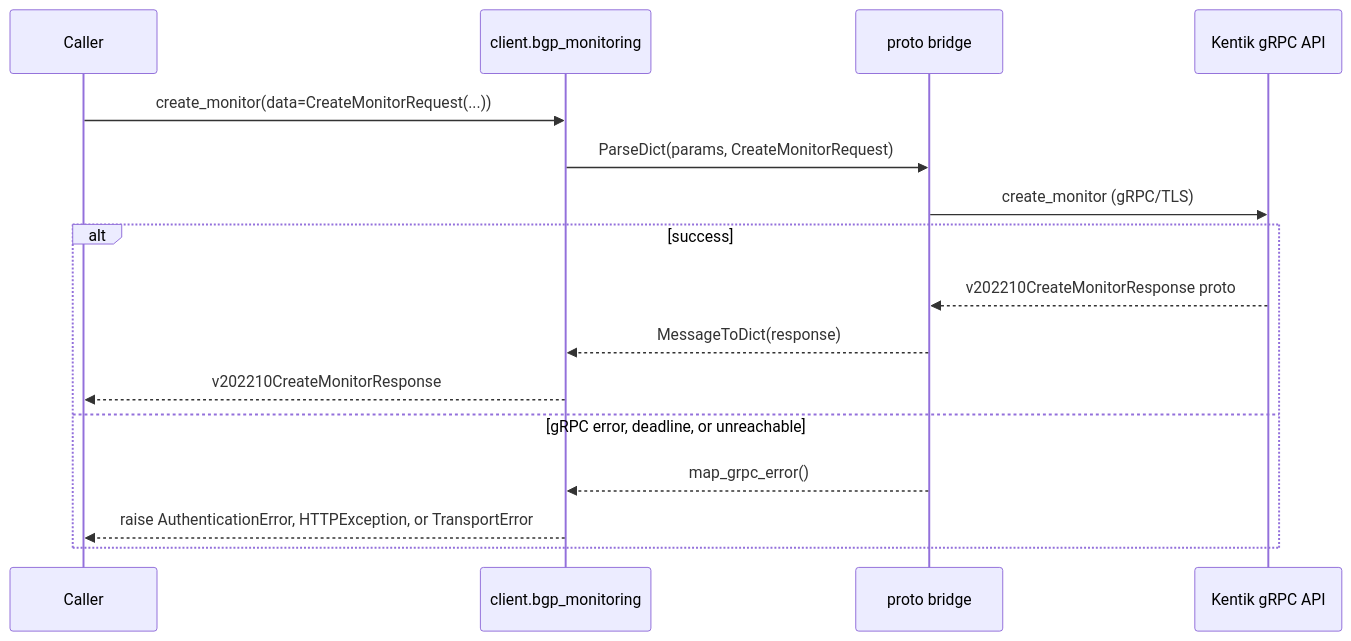
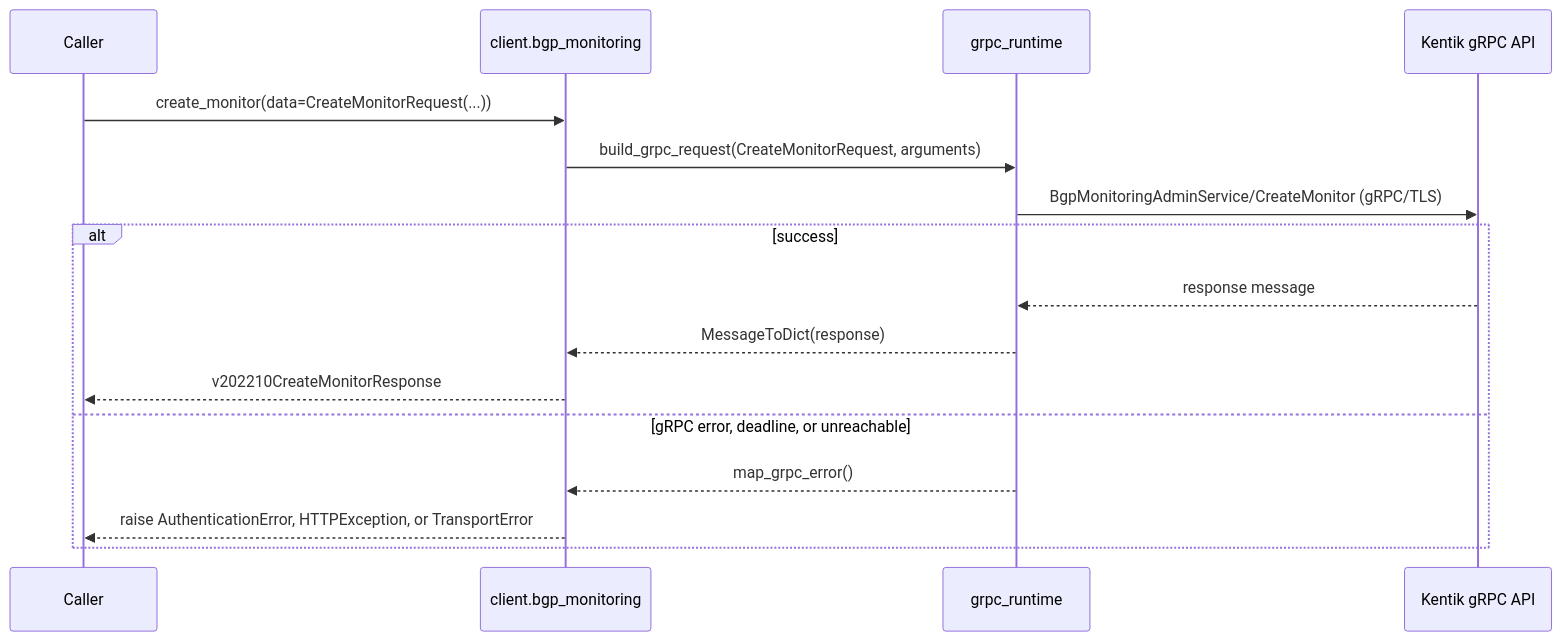
Before and after one commit to alexdearaujo/community_sdk_python: the ninth of 18 diagrams in docs/sphinx/services/bgp_monitoring.md, drawn with Mermaid. The commit also changed other lines of this file and 37 other files, not shown here.

First line of the commit message:
docs: show the real RPC in each service page's gRPC diagram

````diff
--- a/docs/sphinx/services/bgp_monitoring.md
+++ b/docs/sphinx/services/bgp_monitoring.md
@@ -281,19 +281,19 @@
 ```mermaid
 sequenceDiagram
     participant C as Caller
     participant W as client.bgp_monitoring
-    participant B as proto bridge
+    participant R as grpc_runtime
     participant API as Kentik gRPC API
 
     C->>W: create_monitor(data=CreateMonitorRequest(...))
-    W->>B: ParseDict(params, CreateMonitorRequest)
-    B->>API: create_monitor (gRPC/TLS)
+    W->>R: build_grpc_request(CreateMonitorRequest, arguments)
+    R->>API: BgpMonitoringAdminService/CreateMonitor (gRPC/TLS)
     alt success
-        API-->>B: v202210CreateMonitorResponse proto
-        B-->>W: MessageToDict(response)
+        API-->>R: response message
+        R-->>W: MessageToDict(response)
         W-->>C: v202210CreateMonitorResponse
     else gRPC error, deadline, or unreachable
-        B-->>W: map_grpc_error()
+        R-->>W: map_grpc_error()
         W-->>C: raise AuthenticationError, HTTPException, or TransportError
     end
 ```
````
